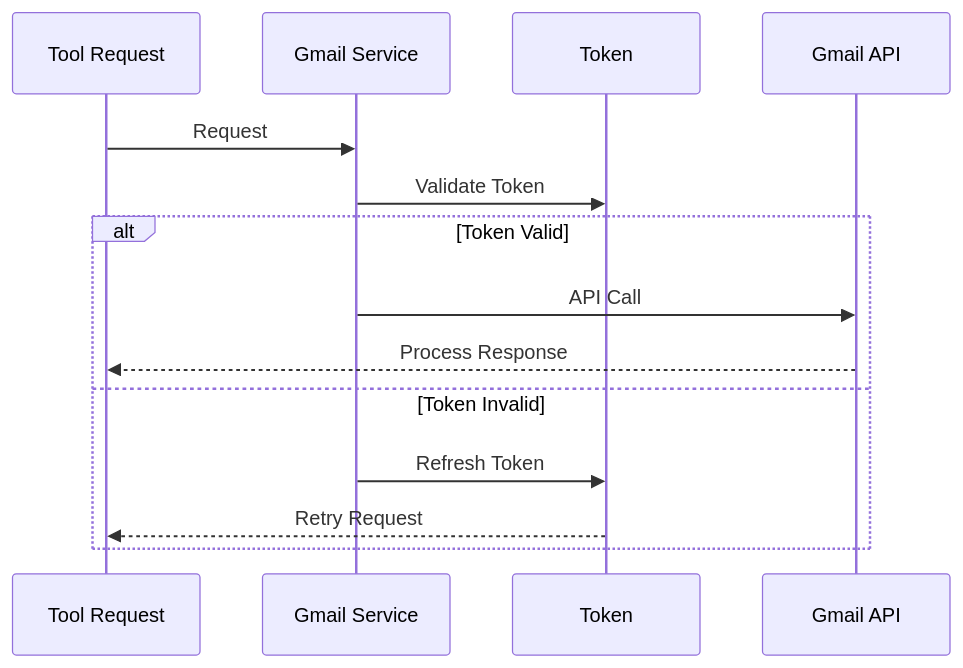
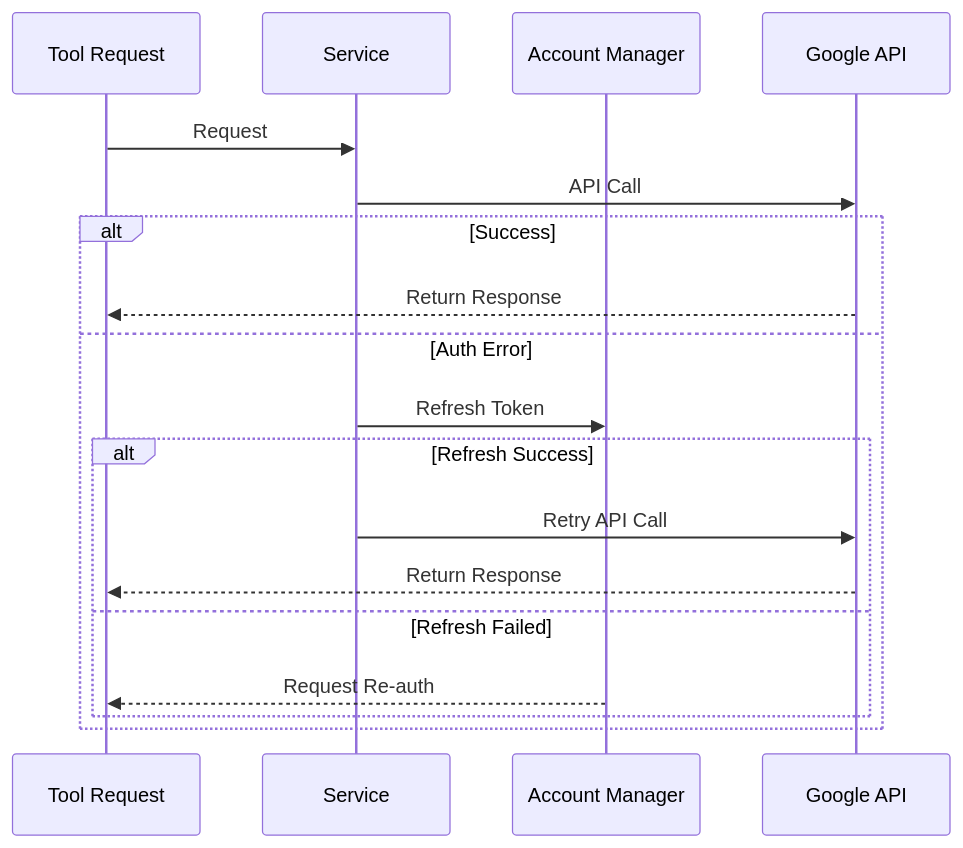
Before and after one commit to superstrong/google-workspace-mcp: the third of 3 diagrams in ARCHITECTURE.md, drawn with Mermaid. The commit also changed other lines of this file and 10 other files, not shown here.

````diff
--- a/ARCHITECTURE.md
+++ b/ARCHITECTURE.md
@@ -101,17 +80,21 @@
 ```mermaid
 sequenceDiagram
     participant TR as Tool Request
-    participant GS as Gmail Service
-    participant T as Token
-    participant GA as Gmail API
+    participant S as Service
+    participant AM as Account Manager
+    participant API as Google API
 
-    TR->>GS: Request
-    GS->>T: Validate Token
-    alt Token Valid
-        GS->>GA: API Call
-        GA-->>TR: Process Response
-    else Token Invalid
-        GS->>T: Refresh Token
-        T-->>TR: Retry Request
+    TR->>S: Request
+    S->>API: API Call
+    alt Success
+        API-->>TR: Return Response
+    else Auth Error
+        S->>AM: Refresh Token
+        alt Refresh Success
+            S->>API: Retry API Call
+            API-->>TR: Return Response
+        else Refresh Failed
+            AM-->>TR: Request Re-auth
+        end
     end
 ```
````
